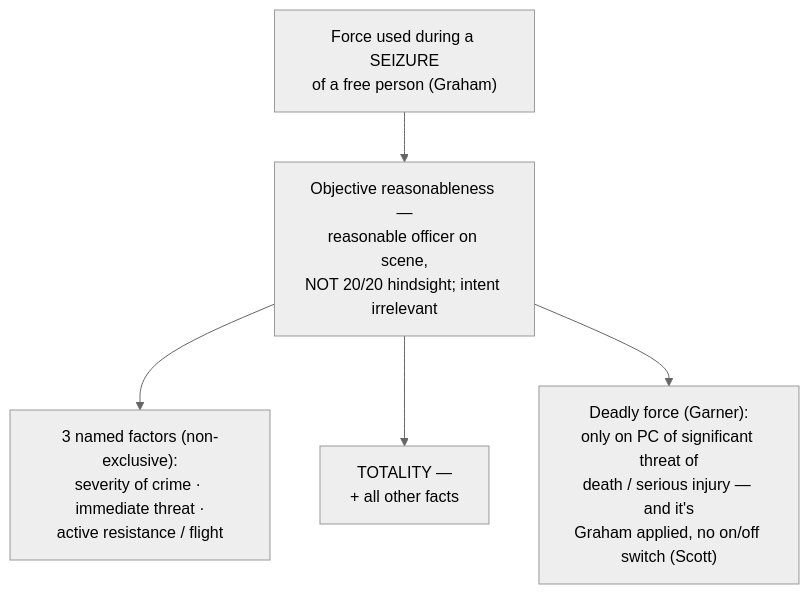
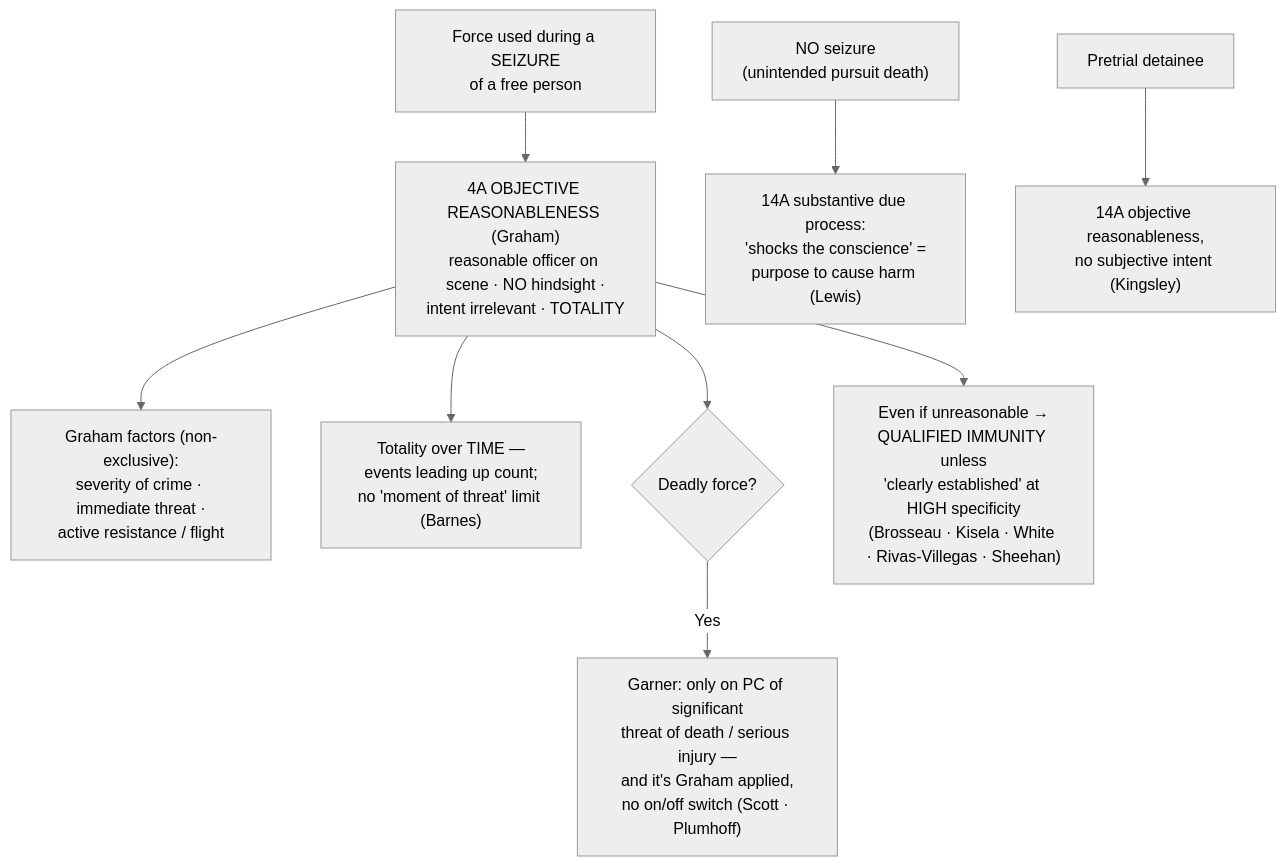
The diagram in content/10-use-of-force-liability/Use of Force.md (Enragedsaturday/cssi), drawn with Mermaid (neutral theme) before and after one commit. The commit also changed other lines of this file and 6 other files, not shown here.

````diff
--- a/content/10-use-of-force-liability/Use of Force.md
+++ b/content/10-use-of-force-liability/Use of Force.md
@@ -46,7 +80,11 @@
 ```mermaid
 flowchart TD
-  A["Force used during a SEIZURE<br/>of a free person (Graham)"] --> B["Objective reasonableness —<br/>reasonable officer on scene,<br/>NOT 20/20 hindsight; intent irrelevant"]
-  B --> C["3 named factors (non-exclusive):<br/>severity of crime · immediate threat ·<br/>active resistance / flight"]
-  B --> D["TOTALITY —<br/>+ all other facts"]
-  B --> E["Deadly force (Garner):<br/>only on PC of significant threat of<br/>death / serious injury — and it's<br/>Graham applied, no on/off switch (Scott)"]
+  A["Force used during a SEIZURE<br/>of a free person"] --> B["4A OBJECTIVE REASONABLENESS (Graham)<br/>reasonable officer on scene · NO hindsight ·<br/>intent irrelevant · TOTALITY"]
+  B --> C["Graham factors (non-exclusive):<br/>severity of crime · immediate threat ·<br/>active resistance / flight"]
+  B --> D["Totality over TIME —<br/>events leading up count;<br/>no 'moment of threat' limit (Barnes)"]
+  B --> E{"Deadly force?"}
+  E -->|Yes| F["Garner: only on PC of significant<br/>threat of death / serious injury —<br/>and it's Graham applied,<br/>no on/off switch (Scott · Plumhoff)"]
+  A2["NO seizure<br/>(unintended pursuit death)"] --> G["14A substantive due process:<br/>'shocks the conscience' =<br/>purpose to cause harm (Lewis)"]
+  A3["Pretrial detainee"] --> H["14A objective reasonableness,<br/>no subjective intent (Kingsley)"]
+  B --> I["Even if unreasonable →<br/>QUALIFIED IMMUNITY unless<br/>'clearly established' at HIGH specificity<br/>(Brosseau · Kisela · White · Rivas-Villegas · Sheehan)"]
 ```
````
